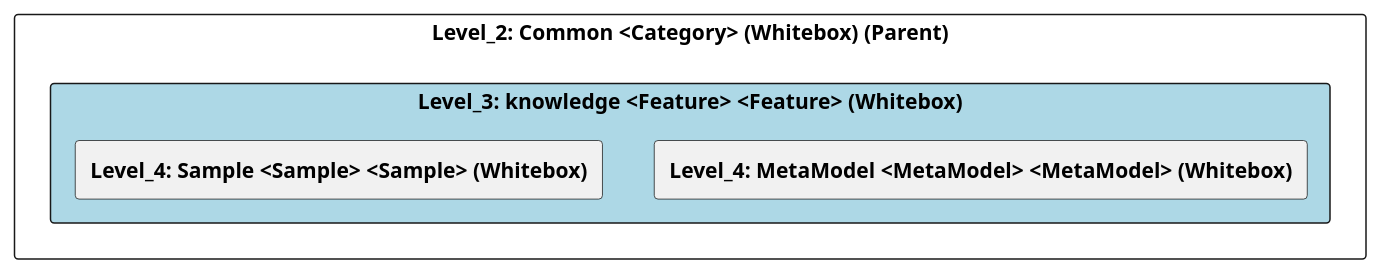
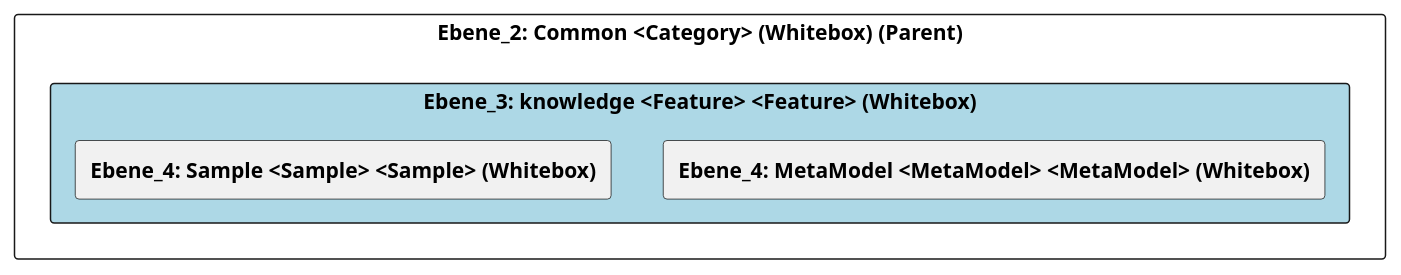
The diagram in doc/cleonproject_deliverables_architecture_model_architecture/adoc/de/05_bausteinsicht/cleon/common/knowledge/ebene_3_knowledge.adoc (marcozwyssig/cleon), drawn with PlantUML before and after one commit. The commit also changed other lines of this file and 258 other files, not shown here.

```diff
--- a/doc/cleonproject_deliverables_architecture_model_architecture/adoc/de/05_bausteinsicht/cleon/common/knowledge/ebene_3_knowledge.adoc
+++ b/doc/cleonproject_deliverables_architecture_model_architecture/adoc/de/05_bausteinsicht/cleon/common/knowledge/ebene_3_knowledge.adoc
@@ -24,25 +24,25 @@
-[plantuml, Level_3: knowledge <Feature> <Feature> (Whitebox)BlockOverview, format="svg"]
+[plantuml, Ebene_3: knowledge <Feature> <Feature> (Whitebox)BlockOverview, format="svg"]
 ----
-@startuml Level_3: knowledge <Feature> <Feature> (Whitebox)BuildingBlockOverview
+@startuml Ebene_3: knowledge <Feature> <Feature> (Whitebox)BuildingBlockOverview
 
 skinparam ranksep 10
 skinparam componentStyle rectangle
 skinparam shadowing false
 skinparam arrowColor lightblue
 skinparam arrowThickness 1.2
 skinparam rectangle {
   BackgroundColor White
   BorderColor #333
   RoundCorner 10
 }
 top to bottom direction
 
-component "Level_2: Common <Category> (Whitebox) (Parent)" {
-    component "Level_3: knowledge <Feature> <Feature> (Whitebox)" #lightblue {
-        [**Level_4: MetaModel <MetaModel> <MetaModel> (Whitebox)**] as 4A57056D_D579_11EE_903E_9F564E4DE07E
-        [**Level_4: Sample <Sample> <Sample> (Whitebox)**] as 4A56DE4C_D579_11EE_903E_9F564E4DE07E
+component "Ebene_2: Common <Category> (Whitebox) (Parent)" {
+    component "Ebene_3: knowledge <Feature> <Feature> (Whitebox)" #lightblue {
+        [**Ebene_4: MetaModel <MetaModel> <MetaModel> (Whitebox)**] as 4A57056D_D579_11EE_903E_9F564E4DE07E
+        [**Ebene_4: Sample <Sample> <Sample> (Whitebox)**] as 4A56DE4C_D579_11EE_903E_9F564E4DE07E
     }
 }
 
 @enduml
 ----
```
